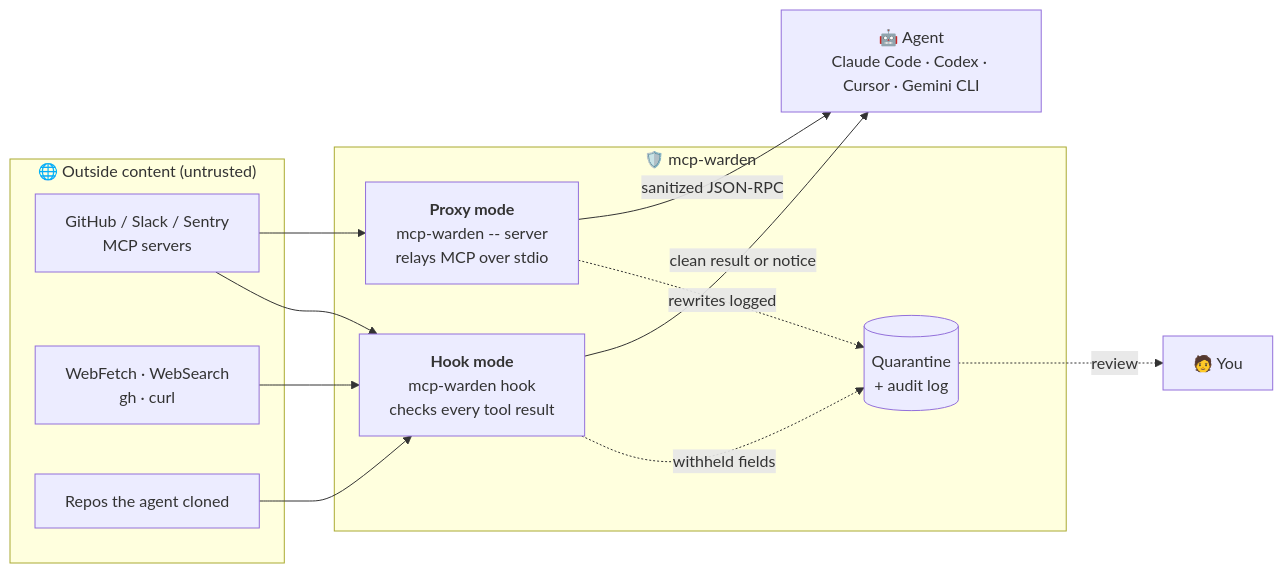
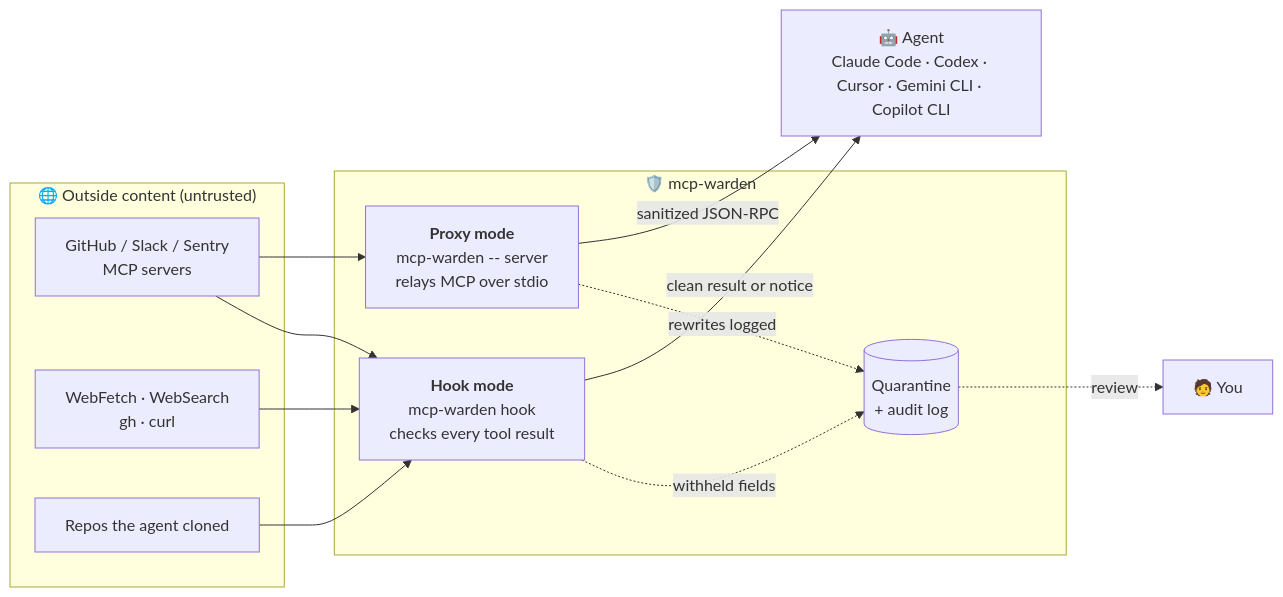
One commit to AncientiCe/mcp-warden changed the first of 4 diagrams in README.md. Above: the diagram before and after it, drawn with Mermaid. The commit also changed other lines of this file and 6 other files, not shown here.

First line of the commit message:
Add GitHub Copilot CLI hook support

````diff
--- a/README.md
+++ b/README.md
@@ -102,27 +102,27 @@
 ```mermaid
 flowchart LR
     subgraph Outside["🌐 Outside content (untrusted)"]
         GH["GitHub / Slack / Sentry<br/>MCP servers"]
         WEB["WebFetch · WebSearch<br/>gh · curl"]
         CLONE["Repos the agent cloned"]
     end
 
     subgraph Warden["🛡️ mcp-warden"]
         HOOK["<b>Hook mode</b><br/>mcp-warden hook<br/>checks every tool result"]
         PROXY["<b>Proxy mode</b><br/>mcp-warden -- server<br/>relays MCP over stdio"]
         Q[("Quarantine<br/>+ audit log")]
     end
 
-    AGENT["🤖 Agent<br/>Claude Code · Codex · Cursor · Gemini CLI"]
+    AGENT["🤖 Agent<br/>Claude Code · Codex · Cursor · Gemini CLI · Copilot CLI"]
     YOU["🧑 You"]
 
     GH --> PROXY
     GH --> HOOK
     WEB --> HOOK
     CLONE --> HOOK
     HOOK -- "clean result or notice" --> AGENT
     PROXY -- "sanitized JSON-RPC" --> AGENT
     HOOK -. "withheld fields" .-> Q
     PROXY -. "rewrites logged" .-> Q
     Q -. "review" .-> YOU
 ```
````
